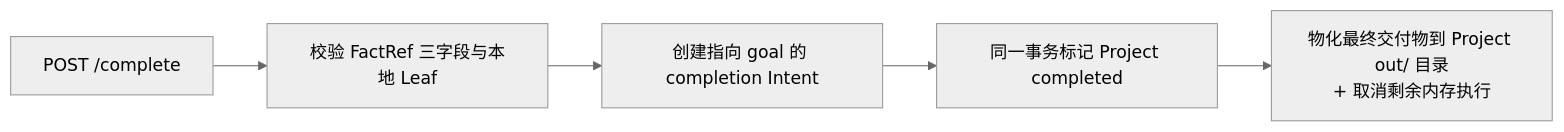
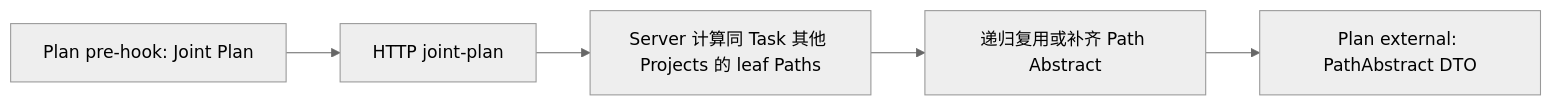
Before and after one commit to jygzyc/peak: the second of 2 diagrams in docs/zh/data-flow.md, drawn with Mermaid (neutral theme). The commit also changed other lines of this file and 145 other files, not shown here.

````diff
--- a/docs/zh/data-flow.md
+++ b/docs/zh/data-flow.md
@@ -571,7 +271,7 @@
 ```mermaid
 flowchart LR
-  A["POST /complete"] --> B["校验 FactRef 三字段与本地 Leaf"]
-  B --> C["创建指向 goal 的 completion Intent"]
-  C --> D["同一事务标记 Project completed"]
-  D --> E["物化最终交付物到 Project out/ 目录<br/>+ 取消剩余内存执行"]
+  A["Plan pre-hook: Joint Plan"] --> B["HTTP joint-plan"]
+  B --> C["Server 计算同 Task 其他 Projects 的 leaf Paths"]
+  C --> D["递归复用或补齐 Path Abstract"]
+  D --> E["Plan external: PathAbstract DTO"]
 ```
````
